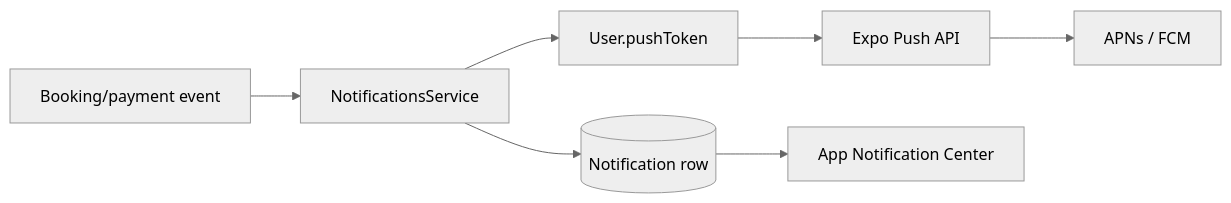
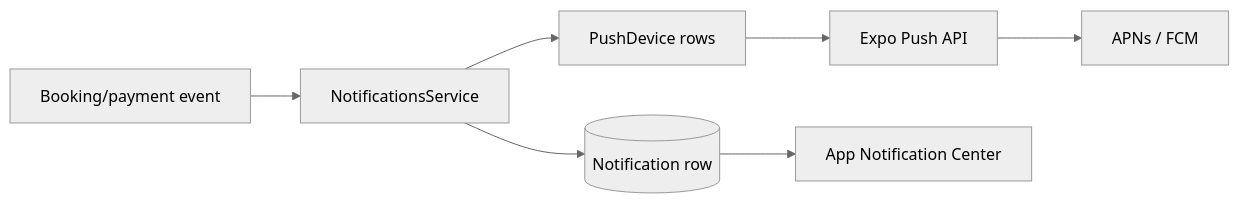
One commit to xiyunliu610/yt-paws-platform changed the diagram in docs/09_Notification_Design.md. Above: the diagram before and after it, drawn with Mermaid (neutral theme). The commit also changed other lines of this file and 35 other files, not shown here.

````diff
--- a/docs/09_Notification_Design.md
+++ b/docs/09_Notification_Design.md
@@ -15,9 +15,9 @@
 ```mermaid
 flowchart LR
   E[Booking/payment event] --> N[NotificationsService]
   N --> D[(Notification row)]
-  N --> U[User.pushToken]
+  N --> U[PushDevice rows]
   U --> X[Expo Push API]
   D --> A[App Notification Center]
   X --> P[APNs / FCM]
 ```
````
